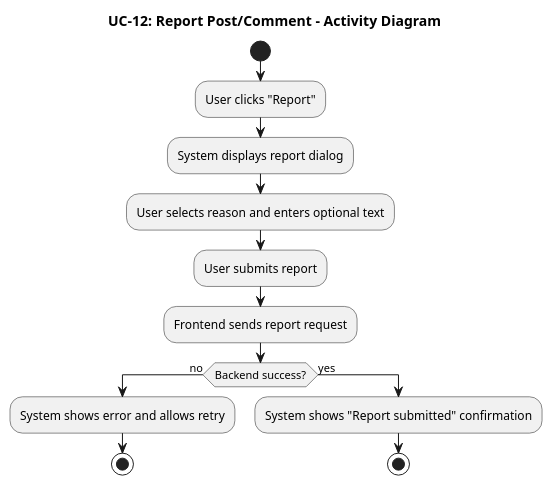
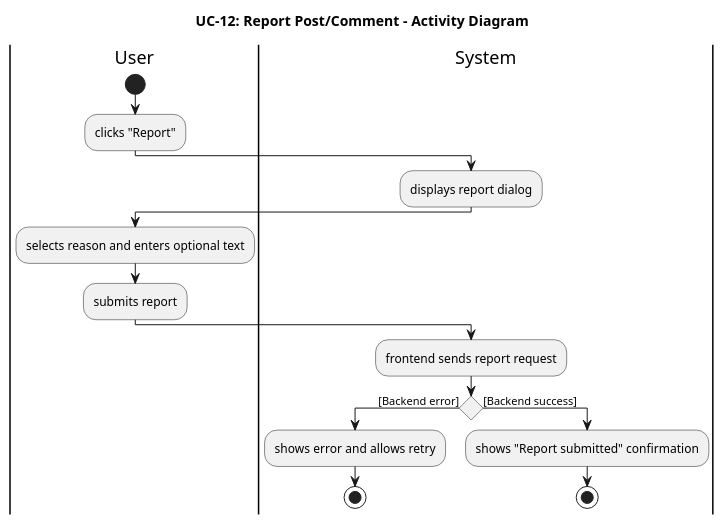
Before and after one commit to pzyllll/BridgeU: diagram 14 of 27 in springboot-backend/BridgeU-SRS.md, drawn with PlantUML. The commit also changed other lines of this file and 5 other files, not shown here.

````diff
--- a/springboot-backend/BridgeU-SRS.md
+++ b/springboot-backend/BridgeU-SRS.md
@@ -1830,19 +2006,27 @@
 ```plantuml
 @startuml UC12_Activity_Diagram
 title UC-12: Report Post/Comment - Activity Diagram
 
+|User|
 start
-:User clicks "Report";
-:System displays report dialog;
-:User selects reason and enters optional text;
-:User submits report;
-:Frontend sends report request;
-if (Backend success?) then (no)
-  :System shows error and allows retry;
+:clicks "Report";
+
+|System|
+:displays report dialog;
+
+|User|
+:selects reason and enters optional text;
+:submits report;
+
+|System|
+:frontend sends report request;
+
+if () then ([Backend error])
+  :shows error and allows retry;
   stop
-else (yes)
-  :System shows "Report submitted" confirmation;
+else ([Backend success])
+  :shows "Report submitted" confirmation;
   stop
 endif
 @enduml
 ```
````
